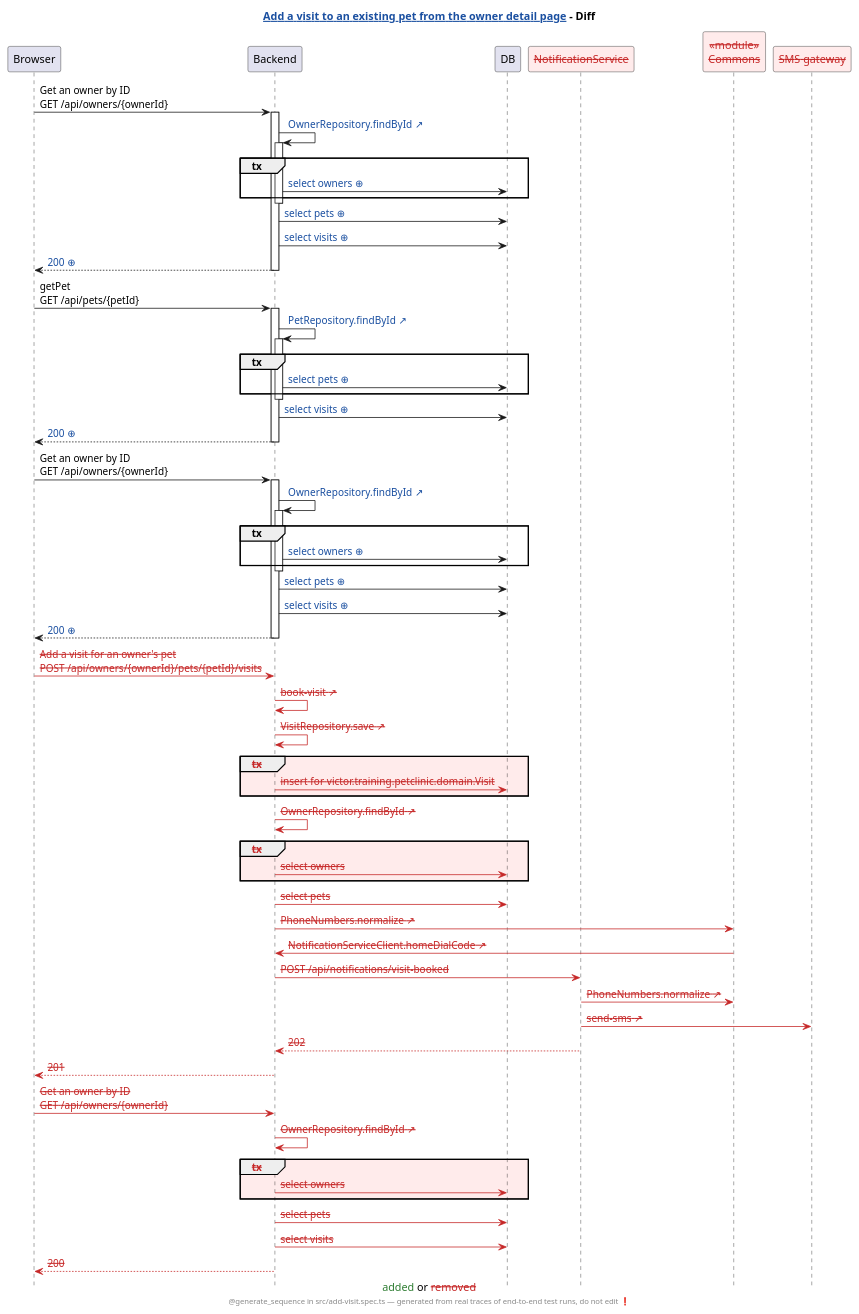
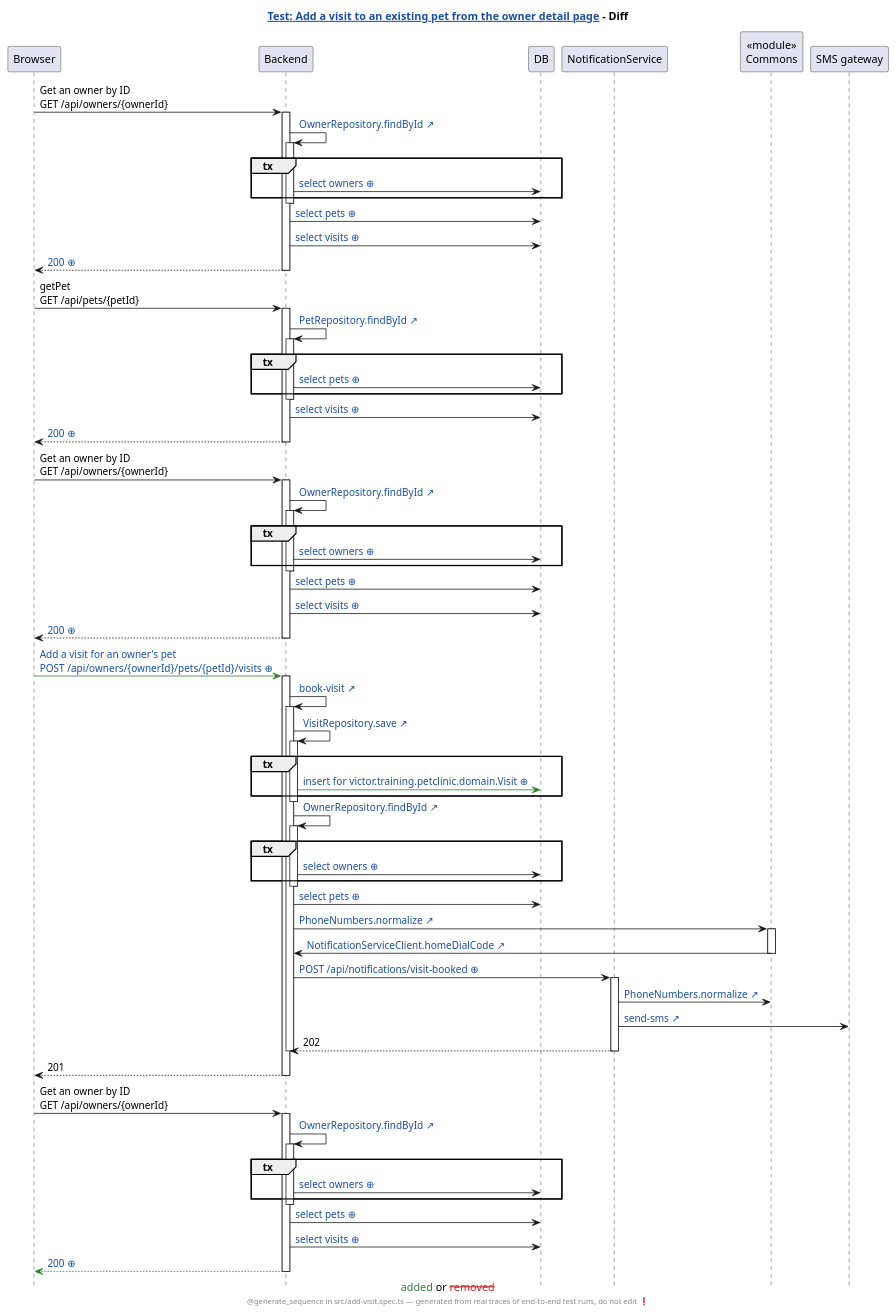
The diagram in demo/demo2/assets/diagrams/petclinic-test_generated_add-visit.spec.ts.add-a-visit-to-an-existing-pet-from-the-owner-detail-page.genseq.diff.puml (AgustinOliver98/human-review), drawn with PlantUML before and after one commit. The commit also changed 131 other files, not shown here.

```diff
--- a/demo/demo2/assets/diagrams/petclinic-test_generated_add-visit.spec.ts.add-a-visit-to-an-existing-pet-from-the-owner-detail-page.genseq.diff.puml
+++ b/demo/demo2/assets/diagrams/petclinic-test_generated_add-visit.spec.ts.add-a-visit-to-an-existing-pet-from-the-owner-detail-page.genseq.diff.puml
@@ -1,75 +1,91 @@
 @startuml
 caption <color:#2E7D32>added</color> or <color:#C62828><s>removed</s></color>
 hide footbox
 skinparam hyperlinkUnderline false
 skinparam hyperlinkColor #1A4FA0
-title [[src://petclinic-test/src/add-visit.spec.ts:31{Click to open the test} Add a visit to an existing pet from the owner detail page]] - Diff
+title [[src://petclinic-test/src/add-visit.spec.ts:31{Click to open the test} Test: Add a visit to an existing pet from the owner detail page]] - Diff
 footer @generate_sequence in src/add-visit.spec.ts — generated from real traces of end-to-end test runs, do not edit ❗
 participant Browser
 participant Backend
 participant DB
-participant "<color:#C62828><s>NotificationService</s></color>" as NotificationService #FFEBEB
-participant "<color:#C62828><s>«module»</s></color>\n<color:#C62828><s>Commons</s></color>" as Commons #FFEBEB
-participant "<color:#C62828><s>SMS gateway</s></color>" as SMS_gateway #FFEBEB
+participant NotificationService
+participant "«module»\nCommons" as Commons
+participant "SMS gateway"
 Browser -> Backend: Get an owner by ID\nGET /api/owners/{ownerId}
 activate Backend
 Backend -> Backend: [[src://petclinic-backend/src/main/java/victor/training/petclinic/repository/OwnerRepository.java:14{Click to open OwnerRepository.findById} OwnerRepository.findById ↗]]
 activate Backend
 group tx
 Backend -> DB: [[genseq://0x8aana{Click for the statement behind this call} select owners ⊕]]
 end
 deactivate Backend
 Backend -> DB: [[genseq://18567ho{Click for the statement behind this call} select pets ⊕]]
 Backend -> DB: [[genseq://13apewa{Click for the statement behind this call} select visits ⊕]]
 Backend --> Browser: [[genseq://0zavcxa{Click for this call’s JSON body} 200 ⊕]]
 deactivate Backend
 Browser -> Backend: getPet\nGET /api/pets/{petId}
 activate Backend
 Backend -> Backend: [[src://petclinic-backend/src/main/java/victor/training/petclinic/repository/PetRepository.java:16{Click to open PetRepository.findById} PetRepository.findById ↗]]
 activate Backend
 group tx
 Backend -> DB: [[genseq://0y7w2ps{Click for the statement behind this call} select pets ⊕]]
 end
 deactivate Backend
 Backend -> DB: [[genseq://13apewa{Click for the statement behind this call} select visits ⊕]]
 Backend --> Browser: [[genseq://01mmlgx{Click for this call’s JSON body} 200 ⊕]]
 deactivate Backend
 Browser -> Backend: Get an owner by ID\nGET /api/owners/{ownerId}
 activate Backend
 Backend -> Backend: [[src://petclinic-backend/src/main/java/victor/training/petclinic/repository/OwnerRepository.java:14{Click to open OwnerRepository.findById} OwnerRepository.findById ↗]]
 activate Backend
 group tx
 Backend -> DB: [[genseq://0x8aana{Click for the statement behind this call} select owners ⊕]]
 end
 deactivate Backend
 Backend -> DB: [[genseq://18567ho{Click for the statement behind this call} select pets ⊕]]
 Backend -> DB: [[genseq://13apewa{Click for the statement behind this call} select visits ⊕]]
 Backend --> Browser: [[genseq://0zavcxa{Click for this call’s JSON body} 200 ⊕]]
 deactivate Backend
-Browser -[#C62828]> Backend: <color:#C62828><s>Add a visit for an owner's pet</s></color>\n<color:#C62828><s>POST /api/owners/{ownerId}/pets/{petId}/visits</s></color>
-Backend -[#C62828]> Backend: <color:#C62828><s>book-visit ↗</s></color>
-Backend -[#C62828]> Backend: <color:#C62828><s>VisitRepository.save ↗</s></color>
-group #FFEBEB <color:#C62828><s>tx</s></color>
-Backend -[#C62828]> DB: <color:#C62828><s>insert for victor.training.petclinic.domain.Visit</s></color>
+Browser -[#2E7D32]> Backend: [[genseq://0l0yjph{Click for this call’s JSON body} Add a visit for an owner's pet\nPOST /api/owners/{ownerId}/pets/{petId}/visits ⊕]]
+activate Backend
+Backend -> Backend: [[src://petclinic-backend/src/main/java/victor/training/petclinic/rest/OwnerRestController.java:183{Click to open OwnerRestController.bookVisit} book-visit ↗]]
+activate Backend
+Backend -> Backend: [[src://petclinic-backend/src/main/java/victor/training/petclinic/repository/VisitRepository.java:16{Click to open VisitRepository.save} VisitRepository.save ↗]]
+activate Backend
+group tx
+Backend -[#2E7D32]> DB: [[genseq://1dvd2ze{Click for the statement behind this call} insert for victor.training.petclinic.domain.Visit ⊕]]
 end
-Backend -[#C62828]> Backend: <color:#C62828><s>OwnerRepository.findById ↗</s></color>
-group #FFEBEB <color:#C62828><s>tx</s></color>
-Backend -[#C62828]> DB: <color:#C62828><s>select owners</s></color>
+deactivate Backend
+Backend -> Backend: [[src://petclinic-backend/src/main/java/victor/training/petclinic/repository/OwnerRepository.java:14{Click to open OwnerRepository.findById} OwnerRepository.findById ↗]]
+activate Backend
+group tx
+Backend -> DB: [[genseq://0x8aana{Click for the statement behind this call} select owners ⊕]]
 end
-Backend -[#C62828]> DB: <color:#C62828><s>select pets</s></color>
-Backend -[#C62828]> Commons: <color:#C62828><s>PhoneNumbers.normalize ↗</s></color>
-Commons -[#C62828]> Backend: <color:#C62828><s>NotificationServiceClient.homeDialCode ↗</s></color>
-Backend -[#C62828]> NotificationService: <color:#C62828><s>POST /api/notifications/visit-booked</s></color>
-NotificationService -[#C62828]> Commons: <color:#C62828><s>PhoneNumbers.normalize ↗</s></color>
-NotificationService -[#C62828]> SMS_gateway: <color:#C62828><s>send-sms ↗</s></color>
-NotificationService -[#C62828]-> Backend: <color:#C62828><s>202</s></color>
-Backend -[#C62828]-> Browser: <color:#C62828><s>201</s></color>
-Browser -[#C62828]> Backend: <color:#C62828><s>Get an owner by ID</s></color>\n<color:#C62828><s>GET /api/owners/{ownerId}</s></color>
-Backend -[#C62828]> Backend: <color:#C62828><s>OwnerRepository.findById ↗</s></color>
-group #FFEBEB <color:#C62828><s>tx</s></color>
-Backend -[#C62828]> DB: <color:#C62828><s>select owners</s></color>
+deactivate Backend
+Backend -> DB: [[genseq://18567ho{Click for the statement behind this call} select pets ⊕]]
+Backend -> Commons: [[src://petclinic-commons/src/main/java/victor/training/commons/PhoneNumbers.java:8{Click to open PhoneNumbers.normalize} PhoneNumbers.normalize ↗]]
+activate Commons
+Commons -> Backend: [[src://petclinic-backend/src/main/java/victor/training/petclinic/notification/NotificationServiceClient.java:45{Click to open NotificationServiceClient.homeDialCode} NotificationServiceClient.homeDialCode ↗]]
+deactivate Commons
+Backend -> NotificationService: [[genseq://1p4ogm5{Click for this call’s JSON body} POST /api/notifications/visit-booked ⊕]]
+activate NotificationService
+NotificationService -> Commons: [[src://petclinic-commons/src/main/java/victor/training/commons/PhoneNumbers.java:8{Click to open PhoneNumbers.normalize} PhoneNumbers.normalize ↗]]
+NotificationService -> "SMS gateway": [[src://notification-service/src/main/java/victor/training/notification/SmsGateway.java:23{Click to open SmsGateway.send} send-sms ↗]]
+NotificationService --> Backend: 202
+deactivate NotificationService
+deactivate Backend
+Backend --> Browser: 201
+deactivate Backend
+Browser -> Backend: Get an owner by ID\nGET /api/owners/{ownerId}
+activate Backend
+Backend -> Backend: [[src://petclinic-backend/src/main/java/victor/training/petclinic/repository/OwnerRepository.java:14{Click to open OwnerRepository.findById} OwnerRepository.findById ↗]]
+activate Backend
+group tx
+Backend -> DB: [[genseq://0x8aana{Click for the statement behind this call} select owners ⊕]]
 end
-Backend -[#C62828]> DB: <color:#C62828><s>select pets</s></color>
-Backend -[#C62828]> DB: <color:#C62828><s>select visits</s></color>
-Backend -[#C62828]-> Browser: <color:#C62828><s>200</s></color>
+deactivate Backend
+Backend -> DB: [[genseq://18567ho{Click for the statement behind this call} select pets ⊕]]
+Backend -> DB: [[genseq://13apewa{Click for the statement behind this call} select visits ⊕]]
+Backend -[#2E7D32]-> Browser: [[genseq://024j591{Click for this call’s JSON body} 200 ⊕]]
+deactivate Backend
 @enduml
```
